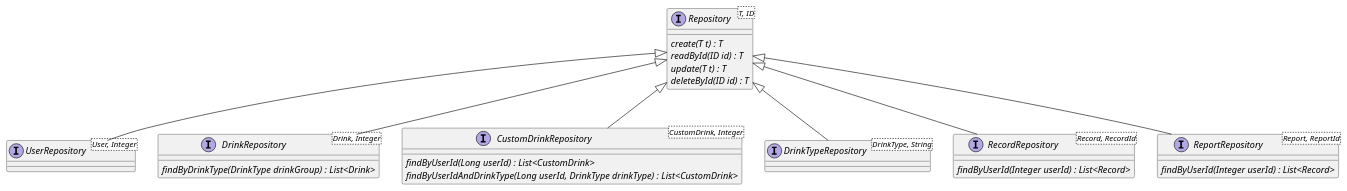
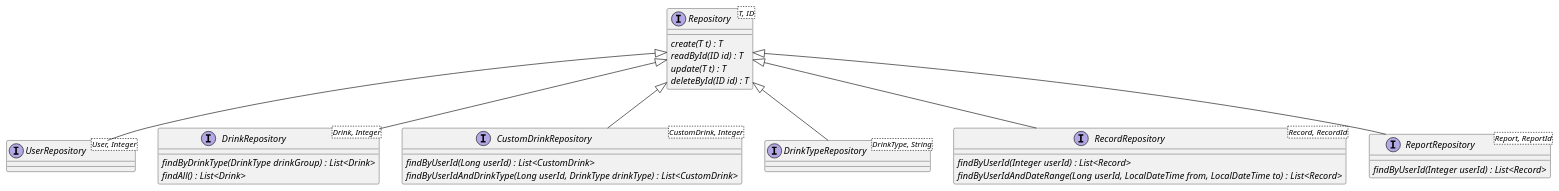
One commit to laurenci/hydrotrack changed the diagram in schemas/uml/class/core_repositories.puml. Above: the diagram before and after it, drawn with PlantUML. The commit also changed 29 other files, not shown here.

```diff
--- a/schemas/uml/class/core_repositories.puml
+++ b/schemas/uml/class/core_repositories.puml
@@ -1,44 +1,46 @@
 @startuml
 interface Repository<T, ID> {
     {abstract} create(T t) : T
     {abstract} readById(ID id) : T
     {abstract} update(T t) : T
     {abstract} deleteById(ID id) : T
 }
 
 interface UserRepository<User, Integer> {
 
 }
 
 interface DrinkRepository<Drink, Integer> {
     {abstract} findByDrinkType(DrinkType drinkGroup) : List<Drink>
+    {abstract} findAll() : List<Drink>
 }
 
 interface CustomDrinkRepository<CustomDrink, Integer> {
     {abstract} findByUserId(Long userId) : List<CustomDrink>
     {abstract} findByUserIdAndDrinkType(Long userId, DrinkType drinkType) : List<CustomDrink>
 }
 
 interface DrinkTypeRepository<DrinkType, String> {
 
 }
 
 interface RecordRepository<Record, RecordId> {
     {abstract} findByUserId(Integer userId) : List<Record>
+    {abstract} findByUserIdAndDateRange(Long userId, LocalDateTime from, LocalDateTime to) : List<Record>
 }
 
 interface ReportRepository<Report, ReportId> {
     {abstract} findByUserId(Integer userId) : List<Record>
 }
 
 Repository <|-- UserRepository
 
 Repository <|-- DrinkRepository
 Repository <|-- CustomDrinkRepository
 
 Repository <|-- DrinkTypeRepository
 
 Repository <|-- RecordRepository
 
 Repository <|-- ReportRepository
 @enduml
```
